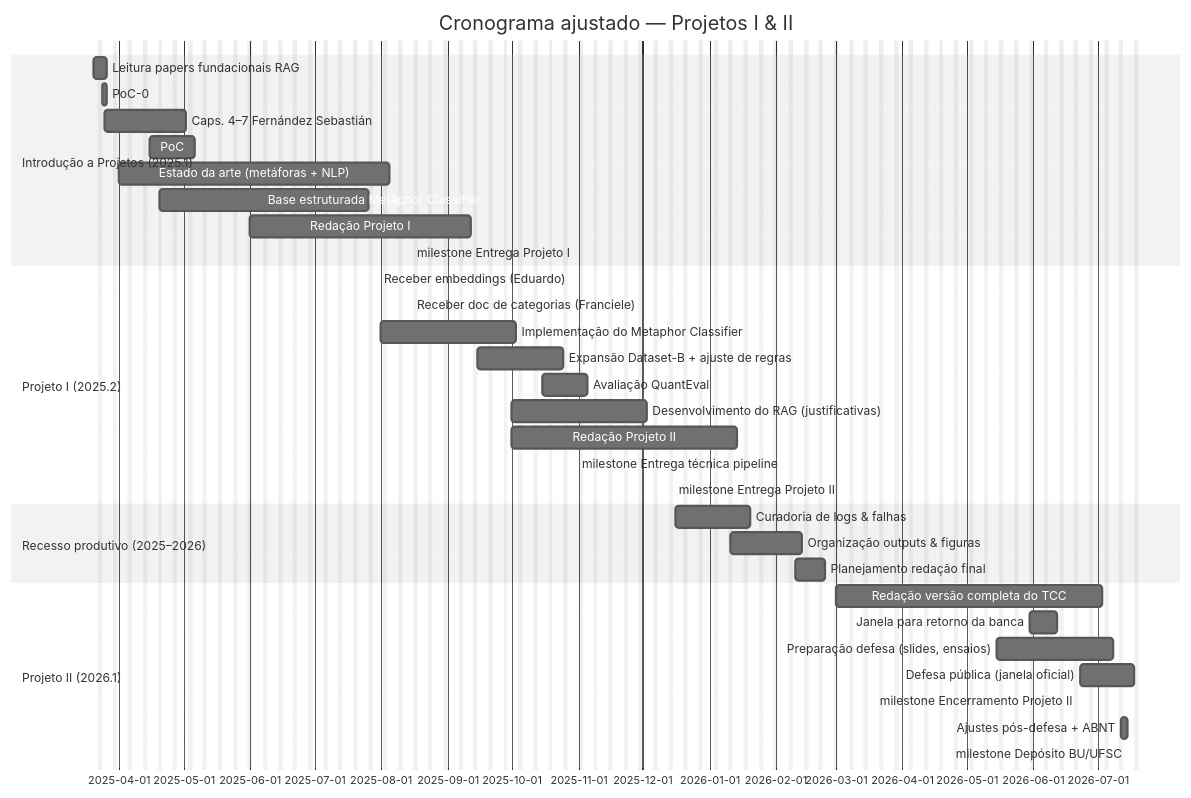
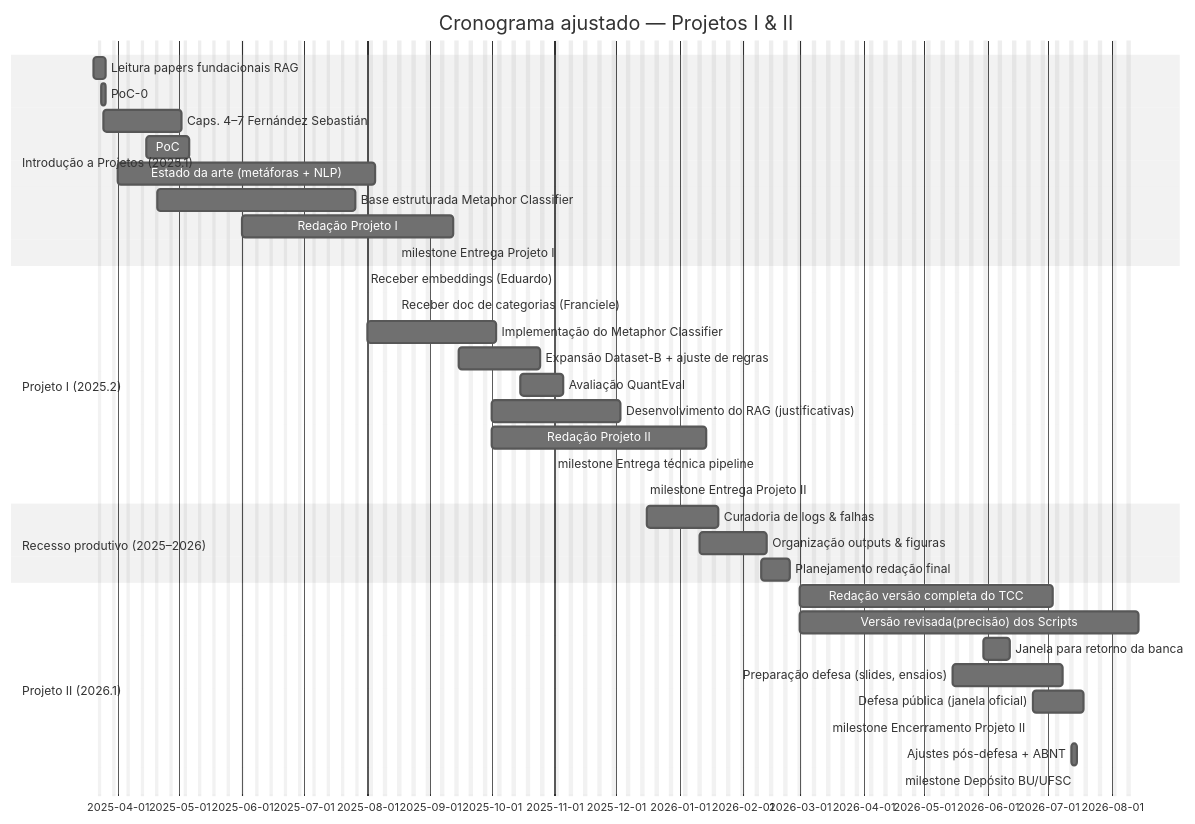
Before and after one commit to avila-gabriel/proposta-tcc: the diagram in ufscthesisx/pictures/gantt.mmd, drawn with Mermaid (neutral theme). The commit also changed 3 other files, not shown here.

```diff
--- a/ufscthesisx/pictures/gantt.mmd
+++ b/ufscthesisx/pictures/gantt.mmd
@@ -1,44 +1,45 @@
 gantt
   title Cronograma ajustado — Projetos I & II
   dateFormat  YYYY-MM-DD
   excludes    weekends
 
   %% ───────── 2025.1 ─────────
   section Introdução a Projetos (2025.1)
   Leitura papers fundacionais RAG:r0,           2025-03-20, 4d
   PoC-0: RAG com prompt fixo:p0,                2025-03-24, 2d
   Caps. 4–7 Fernández Sebastián:t0,             2025-03-25, 28d
   PoC: retrieval + LLM:t2,                      2025-04-15, 15d
   Estado da arte (metáforas + NLP):t3,          2025-04-01, 90d
   Base estruturada Metaphor Classifier:c1,      2025-04-20, 71d
   Redação Projeto I:d1,                         2025-06-01, 75d
   milestone Entrega Projeto I:d1m,              2025-08-15, 0d
 
   %% ───────── 2025.2 ─────────
   section Projeto I (2025.2)
   Receber embeddings (Eduardo):emb,             2025-07-31, 0d
   Receber doc de categorias (Franciele):cat,    2025-08-15, 0d
 
   Implementação do Metaphor Classifier:r1,      2025-08-01, 45d
   Expansão Dataset-B + ajuste de regras:r1b,    2025-09-15, 30d
   Avaliação QuantEval:qeval,                    2025-10-15, 15d
   Desenvolvimento do RAG (justificativas):r2,   2025-10-01, 45d
   Redação Projeto II:d2,                        2025-10-01, 75d
   milestone Entrega técnica pipeline:pipe,      2025-10-31, 0d
   milestone Entrega Projeto II:d2m,             2025-12-15, 0d
 
   %% ───────── Recesso ─────────
   section Recesso produtivo (2025–2026)
   Curadoria de logs & falhas:log,               2025-12-16, 25d
   Organização outputs & figuras:docprep,        2026-01-11, 25d
   Planejamento redação final:plano,             2026-02-10, 10d
 
   %% ───────── 2026.1 ─────────
   section Projeto II (2026.1)
   Redação versão completa do TCC:d3,            2026-03-01, 90d
+  Versão revisada(precisão) dos Scripts:rev     2026-03-01, 120d
   Janela para retorno da banca:fbk,             2026-05-30, 10d
   Preparação defesa (slides, ensaios):def,      2026-05-15, 38d
   Defesa pública (janela oficial):fin,          2026-06-23, 19d
   milestone Encerramento Projeto II:enc,        2026-06-22, 0d
   Ajustes pós-defesa + ABNT:adj,                2026-07-12, 3d
   milestone Depósito BU/UFSC:deposito,          2026-07-15, 0d
```
